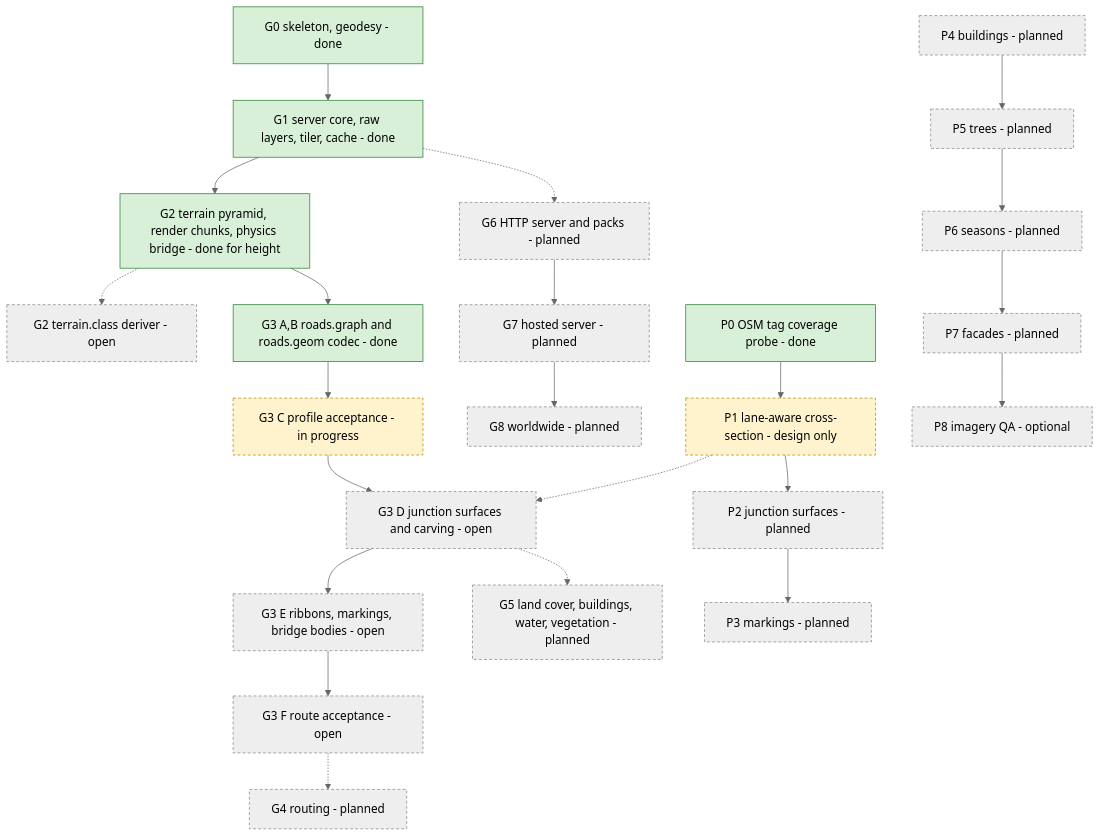
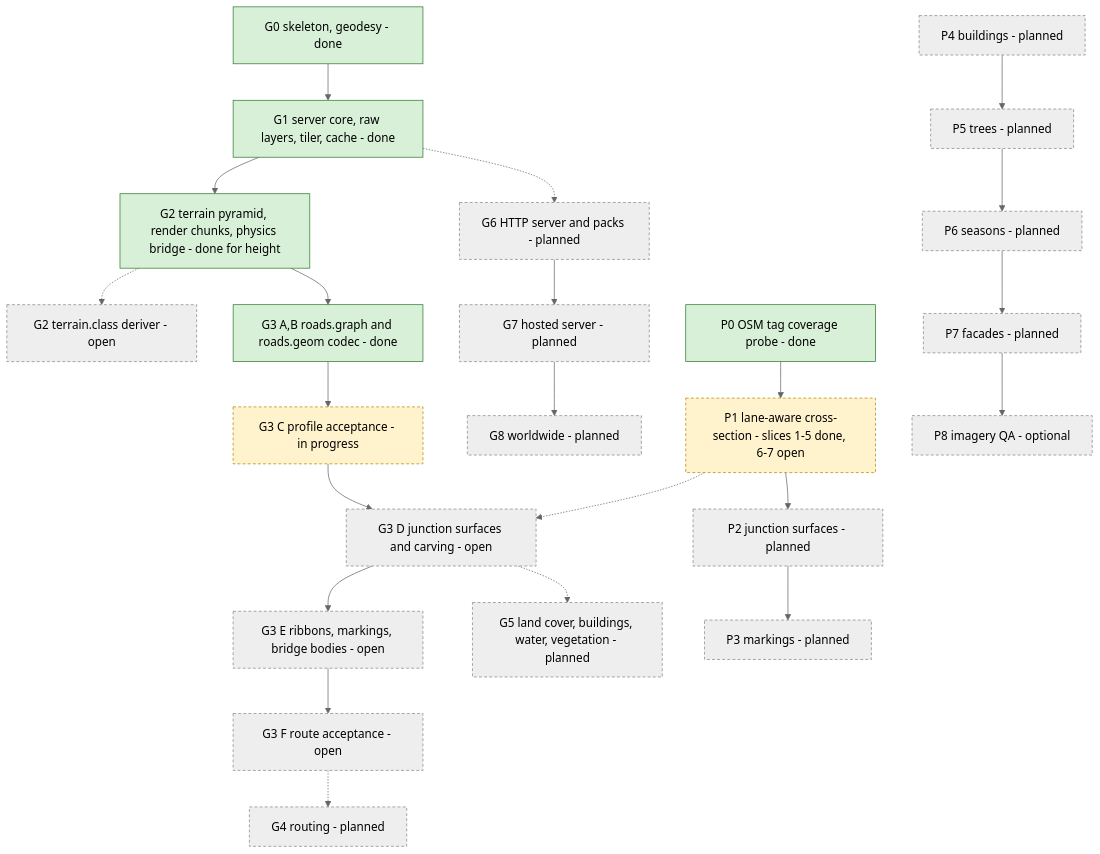
The fourth of 4 diagrams in docs/pipeline/README.md (SebastianDanielFrenz/geo2map_engine), drawn with Mermaid (neutral theme) before and after one commit. The commit also changed other lines of this file and 24 other files, not shown here.

````diff
--- a/docs/pipeline/README.md
+++ b/docs/pipeline/README.md
@@ -266,42 +266,42 @@
 ```mermaid
 flowchart TB
   G0["G0 skeleton, geodesy - done"]
   G1["G1 server core, raw layers, tiler, cache - done"]
   G2["G2 terrain pyramid, render chunks, physics bridge - done for height"]
   G2C["G2 terrain.class deriver - open"]
   G3A["G3 A,B roads.graph and roads.geom codec - done"]
   G3C["G3 C profile acceptance - in progress"]
   G3D["G3 D junction surfaces and carving - open"]
   G3E["G3 E ribbons, markings, bridge bodies - open"]
   G3F["G3 F route acceptance - open"]
   G4["G4 routing - planned"]
   G5["G5 land cover, buildings, water, vegetation - planned"]
   G6["G6 HTTP server and packs - planned"]
   G7["G7 hosted server - planned"]
   G8["G8 worldwide - planned"]
   P0["P0 OSM tag coverage probe - done"]
-  P1["P1 lane-aware cross-section - design only"]
+  P1["P1 lane-aware cross-section - slices 1-5 done, 6-7 open"]
   P2["P2 junction surfaces - planned"]
   P3["P3 markings - planned"]
   P4["P4 buildings - planned"]
   P5["P5 trees - planned"]
   P6["P6 seasons - planned"]
   P7["P7 facades - planned"]
   P8["P8 imagery QA - optional"]
 
   G0 --> G1 --> G2 --> G3A --> G3C --> G3D --> G3E --> G3F
   G2 -.-> G2C
   G3F -.-> G4
   G3D -.-> G5
   G1 -.-> G6 --> G7 --> G8
   P0 --> P1 --> P2 --> P3
   P1 -.-> G3D
   P4 --> P5 --> P6 --> P7 --> P8
 
   classDef done fill:#d8f0d8,stroke:#2e7d32,color:#000;
   classDef part fill:#fff3cd,stroke:#b58900,stroke-dasharray:4 3,color:#000;
   classDef plan fill:#eeeeee,stroke:#888888,stroke-dasharray:4 3,color:#000;
   class G0,G1,G2,G3A,P0 done;
   class G3C,P1 part;
   class G2C,G3D,G3E,G3F,G4,G5,G6,G7,G8,P2,P3,P4,P5,P6,P7,P8 plan;
 ```
````
